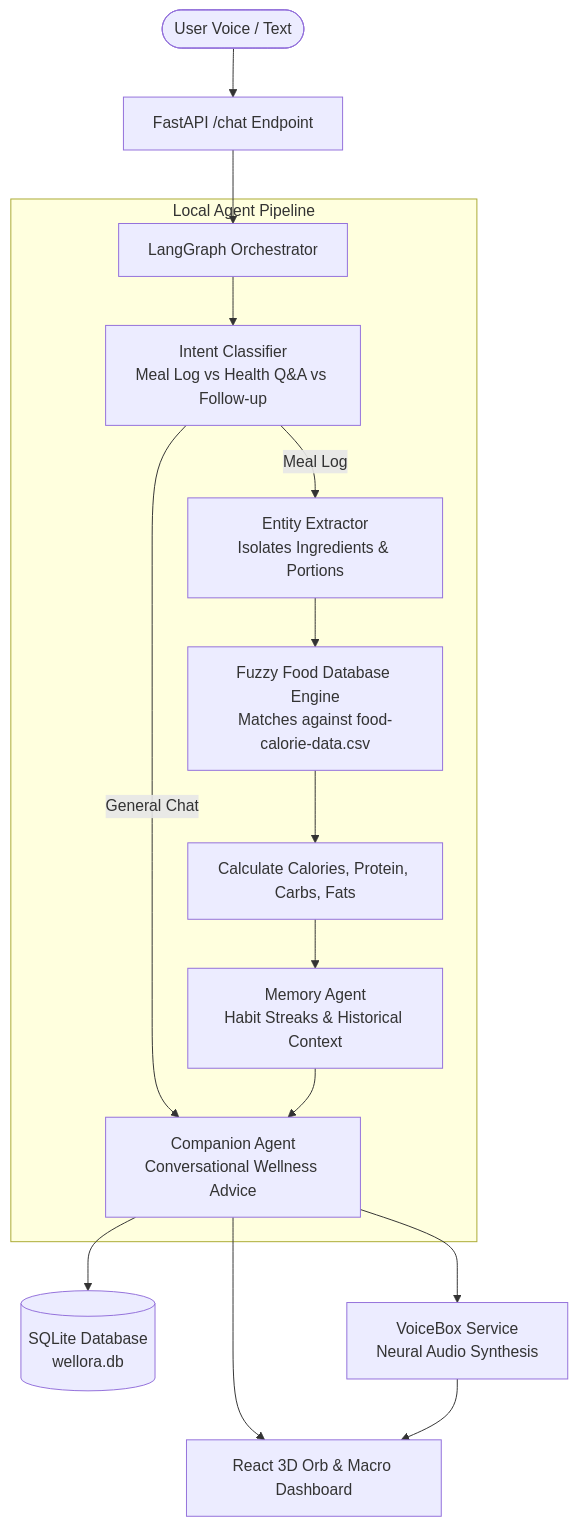
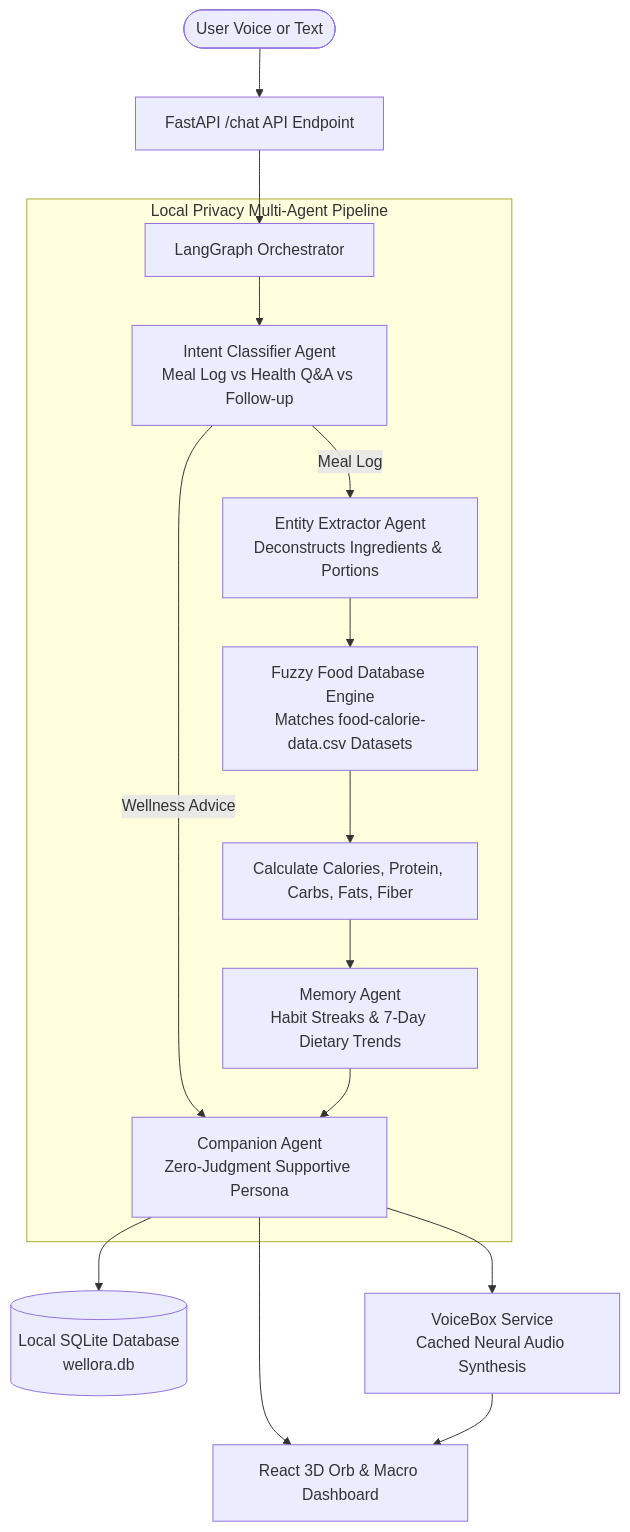
One commit to itsgoksz/wellora changed the diagram in README.md. Above: the diagram before and after it, drawn with Mermaid. The commit also changed other lines of this file and 1 other file, not shown here.

````diff
--- a/README.md
+++ b/README.md
@@ -26,27 +38,28 @@
 ```mermaid
 flowchart TD
-    User([User Voice / Text]) --> API[FastAPI /chat Endpoint]
+    User([User Voice or Text]) --> API[FastAPI /chat API Endpoint]
     API --> Orch[LangGraph Orchestrator]
     
-    subgraph MultiAgentPipeline [Local Agent Pipeline]
-        Orch --> Classify[Intent Classifier
+    subgraph LocalPipeline [Local Privacy Multi-Agent Pipeline]
+        Orch --> Classify[Intent Classifier Agent
 Meal Log vs Health Q&A vs Follow-up]
-        Classify -->|Meal Log| Extract[Entity Extractor
-Isolates Ingredients & Portions]
-        Classify -->|General Chat| Companion[Companion Agent
-Conversational Wellness Advice]
+        
+        Classify -->|Meal Log| Extract[Entity Extractor Agent
+Deconstructs Ingredients & Portions]
+        Classify -->|Wellness Advice| Companion[Companion Agent
+Zero-Judgment Supportive Persona]
         
         Extract --> FoodDB[Fuzzy Food Database Engine
-Matches against food-calorie-data.csv]
-        FoodDB --> Nutrition[Calculate Calories, Protein, Carbs, Fats]
+Matches food-calorie-data.csv Datasets]
+        FoodDB --> Nutrition[Calculate Calories, Protein, Carbs, Fats, Fiber]
         Nutrition --> Memory[Memory Agent
-Habit Streaks & Historical Context]
+Habit Streaks & 7-Day Dietary Trends]
         Memory --> Companion
     end
 
-    Companion --> DB[(SQLite Database
+    Companion --> DB[(Local SQLite Database
 wellora.db)]
     Companion --> Voice[VoiceBox Service
-Neural Audio Synthesis]
+Cached Neural Audio Synthesis]
     Companion & Voice --> Frontend[React 3D Orb & Macro Dashboard]
 ```
````
